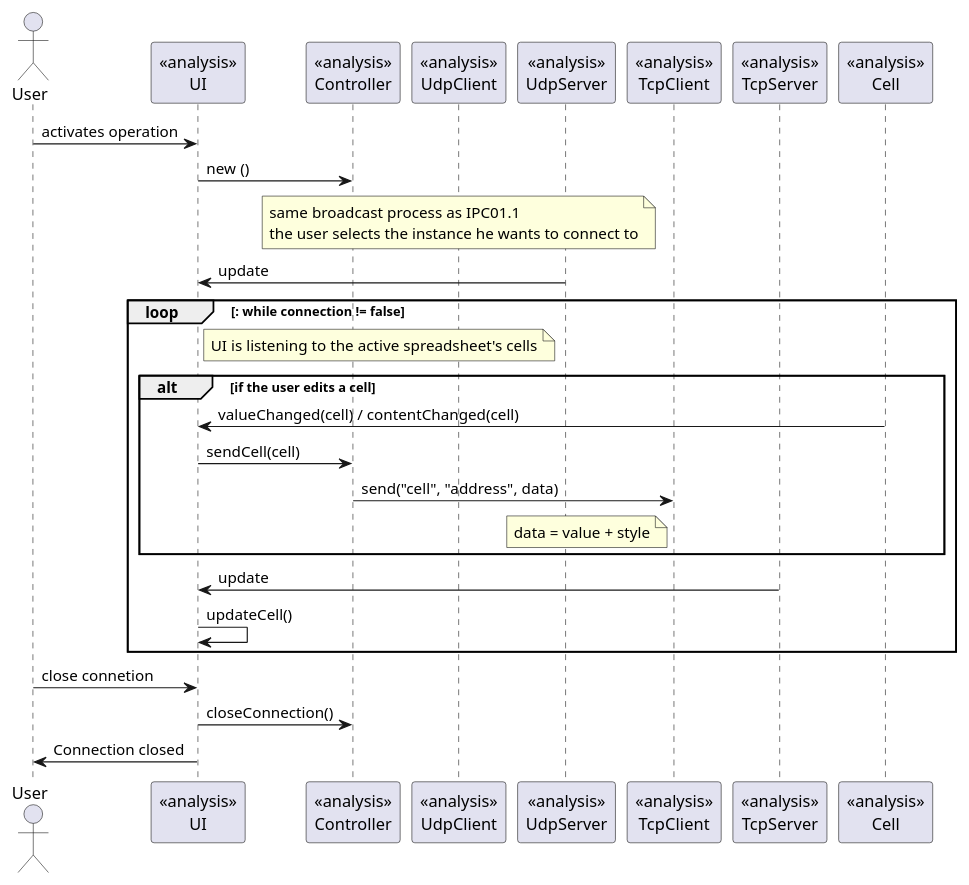
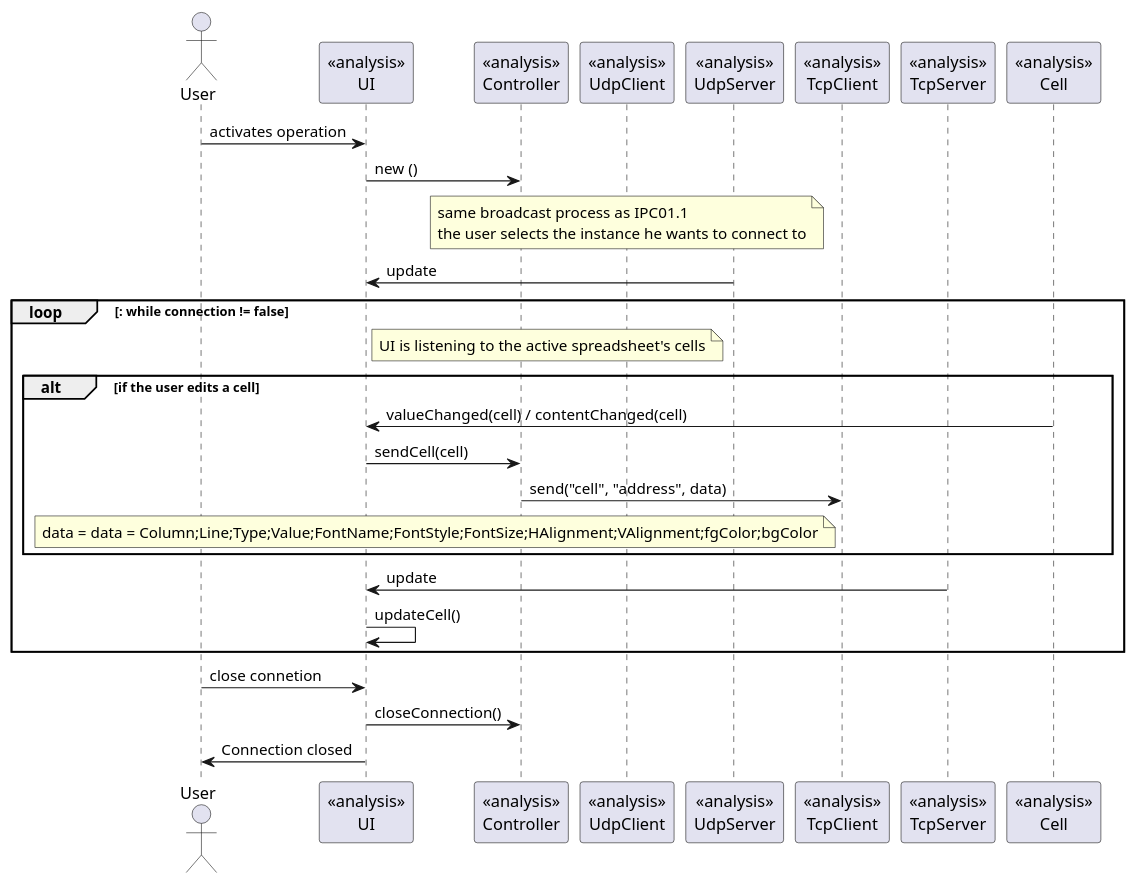
One commit to RubenTeixeira/cleansheets_isep_2dg_2016 changed the diagram in src/main/java/csheets/worklog/n1140329/sprint2/automatic_cell_update_image_analysis.puml. Above: the diagram before and after it, drawn with PlantUML. The commit also changed 1 other file, not shown here.

```diff
--- a/src/main/java/csheets/worklog/n1140329/sprint2/automatic_cell_update_image_analysis.puml
+++ b/src/main/java/csheets/worklog/n1140329/sprint2/automatic_cell_update_image_analysis.puml
@@ -1,36 +1,36 @@
 @startuml doc-files/automatic_cell_update_image_analysis.png
 
 actor User 
 participant "<<analysis>>\nUI" as UI
 participant "<<analysis>>\nController" as Controller
 participant "<<analysis>>\nUdpClient" as UdpClient
 participant "<<analysis>>\nUdpServer" as UdpServer
 participant "<<analysis>>\nTcpClient" as TcpClient
 participant "<<analysis>>\nTcpServer" as TcpServer
 participant "<<analysis>>\nCell" as Cell
 
 User->UI: activates operation
 UI->Controller: new ()
 
 note over Controller, UdpServer: same broadcast process as IPC01.1\nthe user selects the instance he wants to connect to
 
 UdpServer->UI: update
 
 loop : while connection != false
     
     note right of UI: UI is listening to the active spreadsheet's cells
     alt if the user edits a cell
         Cell->UI: valueChanged(cell) / contentChanged(cell)
         UI->Controller: sendCell(cell)
         Controller->TcpClient: send("cell", "address", data)
-        note left of TcpClient: data = value + style
+        note left of TcpClient: data = data = Column;Line;Type;Value;FontName;FontStyle;FontSize;HAlignment;VAlignment;fgColor;bgColor
     end
     
     TcpServer->UI: update
     UI->UI: updateCell()
 end
 
 User->UI: close connetion
 UI->Controller: closeConnection()
 UI->User: Connection closed
 @enduml
```
